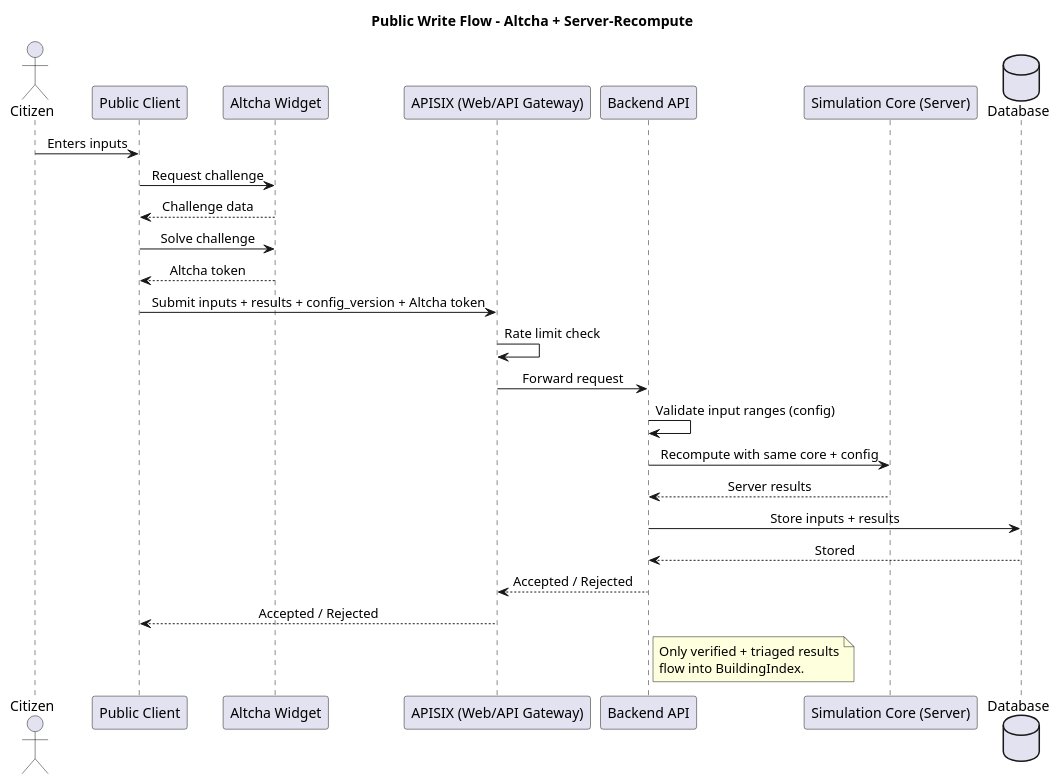
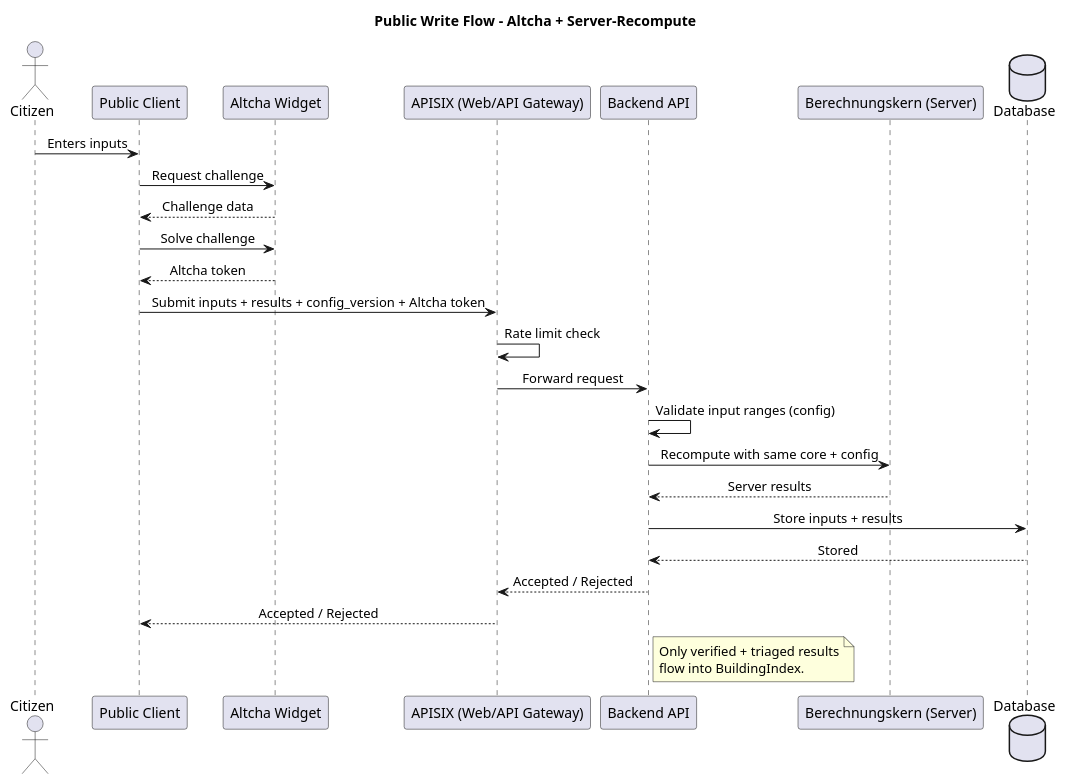
The diagram in docs/architecture/raw/public-write-flow.puml (csi-FOXBYTE/Regensburg_DigitalerEnergieZwilling_Backend), drawn with PlantUML before and after one commit. The commit also changed other lines of this file and 36 other files, not shown here.

Commit message:
change sim/simulation to calc/calculation

```diff
--- a/docs/architecture/raw/public-write-flow.puml
+++ b/docs/architecture/raw/public-write-flow.puml
@@ -1,37 +1,37 @@
 @startuml
 skinparam sequenceMessageAlign center
 skinparam responseMessageBelowArrow true
 
 title Public Write Flow - Altcha + Server-Recompute
 
 actor Citizen as user
 participant "Public Client" as client
 participant "Altcha Widget" as altcha
 participant "APISIX (Web/API Gateway)" as gateway
 participant "Backend API" as api
-participant "Simulation Core (Server)" as sim
+participant "Berechnungskern (Server)" as calc
 database "Database" as db
 
 user -> client: Enters inputs
 client -> altcha: Request challenge
 altcha --> client: Challenge data
 client -> altcha: Solve challenge
 altcha --> client: Altcha token
 
 client -> gateway: Submit inputs + results + config_version + Altcha token
 gateway -> gateway: Rate limit check
 gateway -> api: Forward request
 api -> api: Validate input ranges (config)
-api -> sim: Recompute with same core + config
-sim --> api: Server results
+api -> calc: Recompute with same core + config
+calc --> api: Server results
 api -> db: Store inputs + results
 db --> api: Stored
 api --> gateway: Accepted / Rejected
 gateway --> client: Accepted / Rejected
 
 note right of api
 Only verified + triaged results
 flow into BuildingIndex.
 end note
 
 @enduml
```
